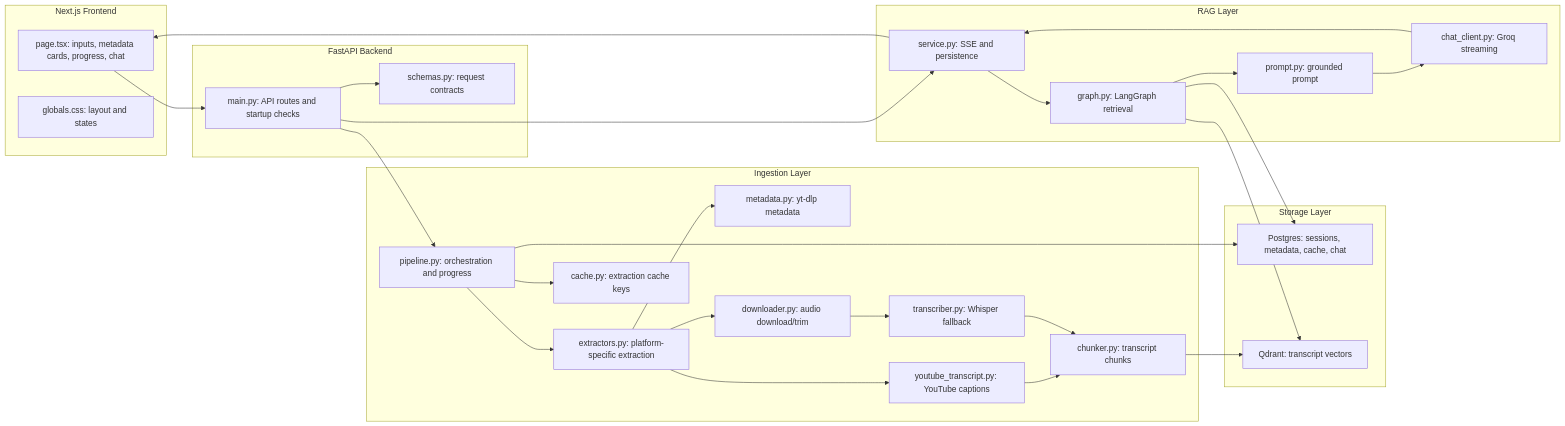
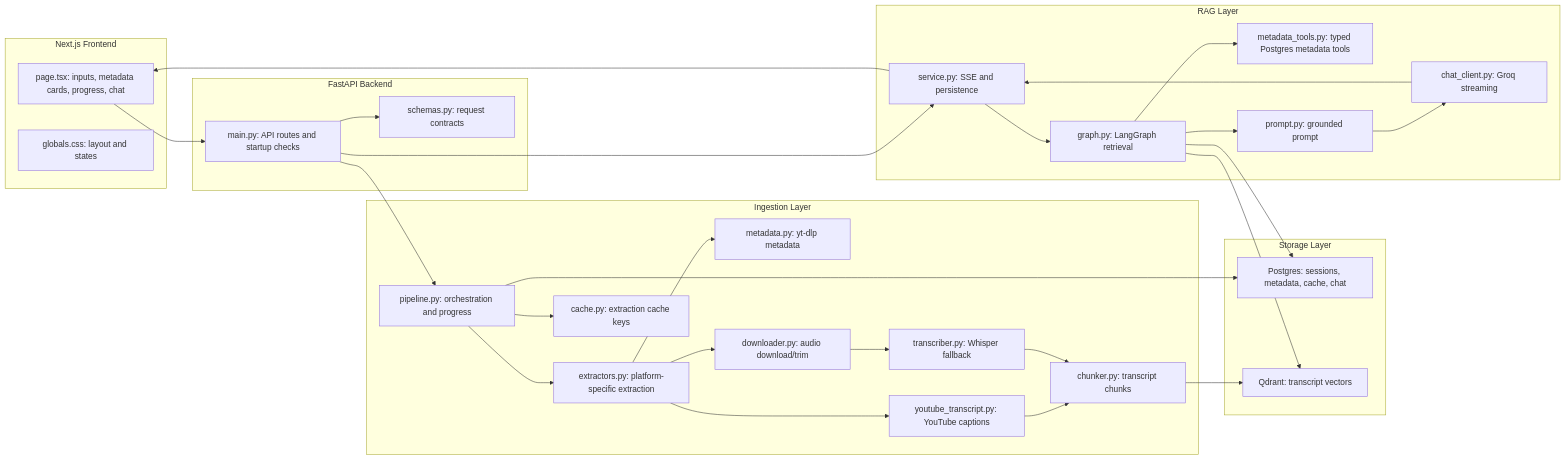
The fifth of 5 diagrams in docs/phase/phase-1.md (nirmaljb/CreatorGPT), drawn with Mermaid before and after one commit. The commit also changed other lines of this file and 15 other files, not shown here.

Commit message:
feat: implement query routing and Postgres-based metadata tools while uncapping YouTube caption ingestion.

````diff
--- a/docs/phase/phase-1.md
+++ b/docs/phase/phase-1.md
@@ -142,57 +146,59 @@
 ```mermaid
 flowchart LR
     subgraph Frontend[Next.js Frontend]
         Page[page.tsx: inputs, metadata cards, progress, chat]
         Styles[globals.css: layout and states]
     end
 
     subgraph API[FastAPI Backend]
         Main[main.py: API routes and startup checks]
         Schemas[schemas.py: request contracts]
     end
 
     subgraph Ingestion[Ingestion Layer]
         Extractors[extractors.py: platform-specific extraction]
         Cache[cache.py: extraction cache keys]
         Metadata[metadata.py: yt-dlp metadata]
         Captions[youtube_transcript.py: YouTube captions]
         Download[downloader.py: audio download/trim]
         Whisper[transcriber.py: Whisper fallback]
         Chunker[chunker.py: transcript chunks]
         Pipeline[pipeline.py: orchestration and progress]
     end
 
     subgraph Storage[Storage Layer]
         Postgres[Postgres: sessions, metadata, cache, chat]
         Qdrant[Qdrant: transcript vectors]
     end
 
     subgraph RAG[RAG Layer]
         Graph[graph.py: LangGraph retrieval]
+        Tools[metadata_tools.py: typed Postgres metadata tools]
         Prompt[prompt.py: grounded prompt]
         Groq[chat_client.py: Groq streaming]
         Service[service.py: SSE and persistence]
     end
 
     Page --> Main
     Main --> Schemas
     Main --> Pipeline
     Pipeline --> Cache
     Pipeline --> Extractors
     Extractors --> Metadata
     Extractors --> Captions
     Extractors --> Download
     Download --> Whisper
     Captions --> Chunker
     Whisper --> Chunker
     Chunker --> Qdrant
     Pipeline --> Postgres
     Main --> Service
     Service --> Graph
     Graph --> Postgres
+    Graph --> Tools
     Graph --> Qdrant
     Graph --> Prompt
     Prompt --> Groq
     Groq --> Service
     Service --> Page
 ```
````
